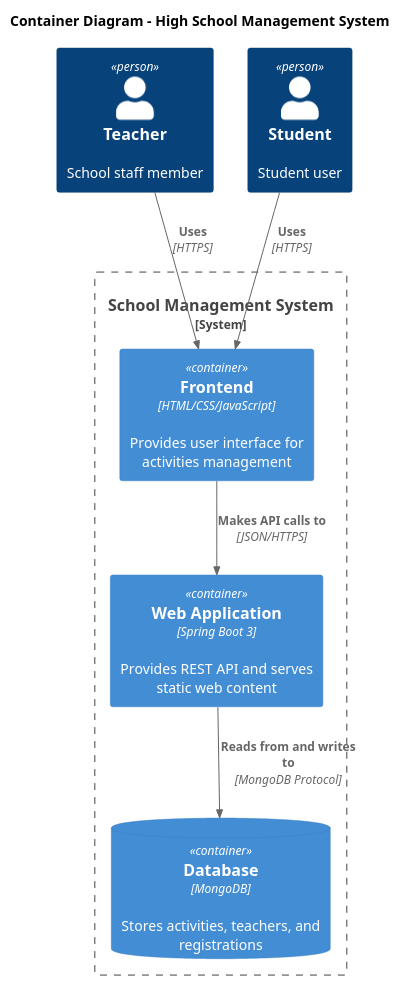
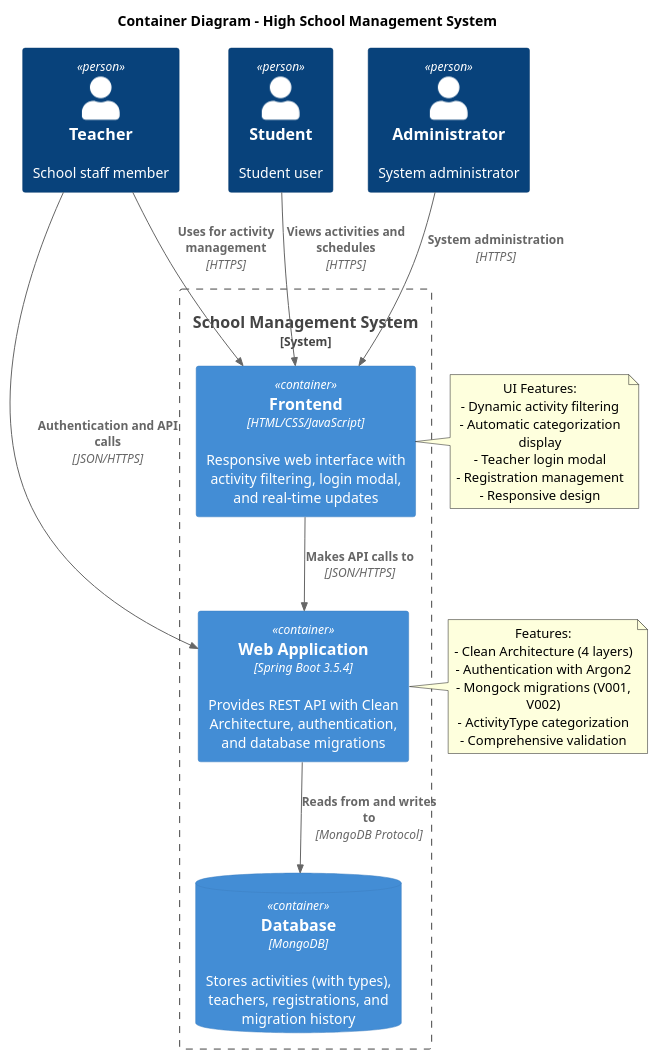
Before and after one commit to JulianaCarolinaBatista/java-copilot-code-agent: the diagram in docs/architecture/container-diagram.puml, drawn with PlantUML. The commit also changed 6 other files, not shown here.

Commit message:
Update project documentation with current features and API details

```diff
--- a/docs/architecture/container-diagram.puml
+++ b/docs/architecture/container-diagram.puml
@@ -1,20 +1,43 @@
 @startuml container-diagram
 !include <C4/C4_Container>
 
 title Container Diagram - High School Management System
 
 Person(teacher, "Teacher", "School staff member")
 Person(student, "Student", "Student user")
+Person(admin, "Administrator", "System administrator")
 
 System_Boundary(schoolSystem, "School Management System") {
-    Container(webApp, "Web Application", "Spring Boot 3", "Provides REST API and serves static web content")
-    Container(frontend, "Frontend", "HTML/CSS/JavaScript", "Provides user interface for activities management")
-    ContainerDb(database, "Database", "MongoDB", "Stores activities, teachers, and registrations")
+    Container(webApp, "Web Application", "Spring Boot 3.5.4", "Provides REST API with Clean Architecture, authentication, and database migrations")
+    Container(frontend, "Frontend", "HTML/CSS/JavaScript", "Responsive web interface with activity filtering, login modal, and real-time updates")
+    ContainerDb(database, "Database", "MongoDB", "Stores activities (with types), teachers, registrations, and migration history")
 }
 
-Rel(teacher, frontend, "Uses", "HTTPS")
-Rel(student, frontend, "Uses", "HTTPS")
+Rel(teacher, frontend, "Uses for activity management", "HTTPS")
+Rel(student, frontend, "Views activities and schedules", "HTTPS")
+Rel(admin, frontend, "System administration", "HTTPS")
+
+Rel(teacher, webApp, "Authentication and API calls", "JSON/HTTPS")
 Rel(frontend, webApp, "Makes API calls to", "JSON/HTTPS")
+
 Rel(webApp, database, "Reads from and writes to", "MongoDB Protocol")
 
+note right of webApp
+    Features:
+    - Clean Architecture (4 layers)
+    - Authentication with Argon2
+    - Mongock migrations (V001, V002)
+    - ActivityType categorization
+    - Comprehensive validation
+end note
+
+note right of frontend
+    UI Features:
+    - Dynamic activity filtering
+    - Automatic categorization display
+    - Teacher login modal
+    - Registration management
+    - Responsive design
+end note
+
 @enduml
```
